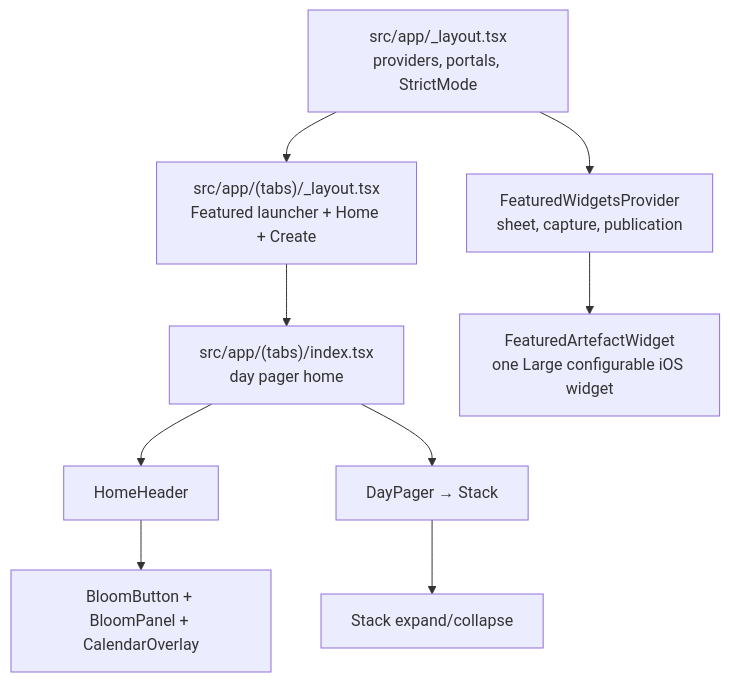
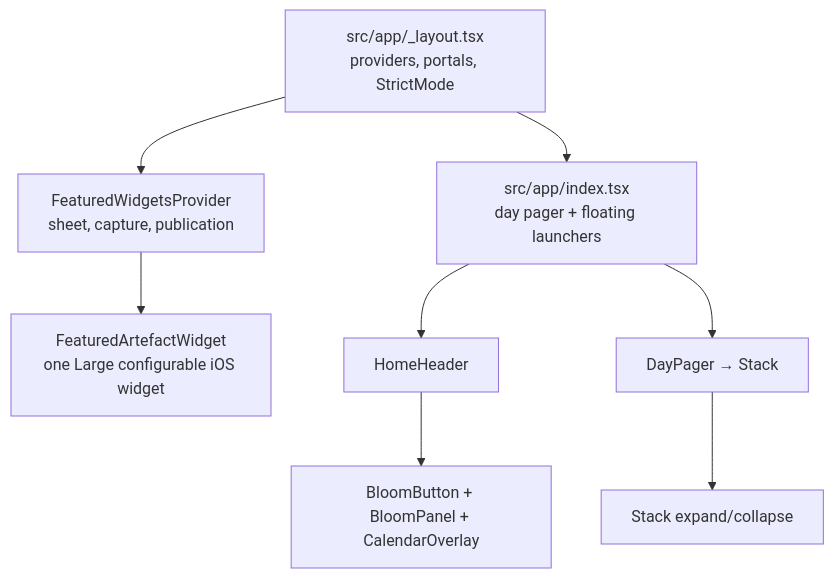
Before and after one commit to vxncetxn/soies: the diagram in docs/overview.md, drawn with Mermaid. The commit also changed other lines of this file and 33 other files, not shown here.

````diff
--- a/docs/overview.md
+++ b/docs/overview.md
@@ -38,16 +38,14 @@
 ```mermaid
 flowchart TD
   Root["src/app/_layout.tsx<br/>providers, portals, StrictMode"]
   Widgets["FeaturedWidgetsProvider<br/>sheet, capture, publication"]
-  Tabs["src/app/(tabs)/_layout.tsx<br/>Featured launcher + Home + Create"]
-  Home["src/app/(tabs)/index.tsx<br/>day pager home"]
+  Home["src/app/index.tsx<br/>day pager + floating launchers"]
   Extension["FeaturedArtefactWidget<br/>one Large configurable iOS widget"]
-  Root --> Tabs
+  Root --> Home
   Root --> Widgets
-  Tabs --> Home
   Widgets --> Extension
   Home --> Header["HomeHeader"]
   Home --> Pager["DayPager → Stack"]
   Header --> Calendar["BloomButton + BloomPanel + CalendarOverlay"]
   Pager --> Stack["Stack expand/collapse"]
 ```
````
